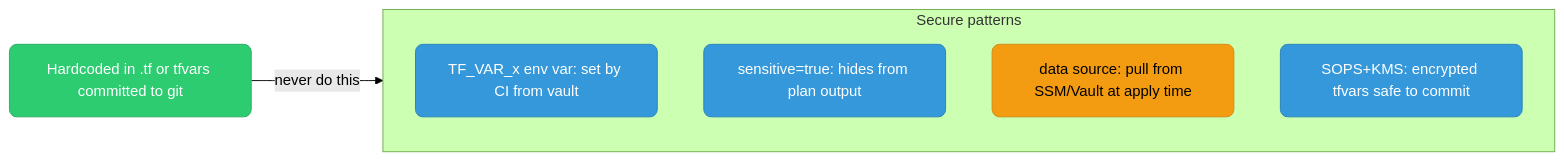
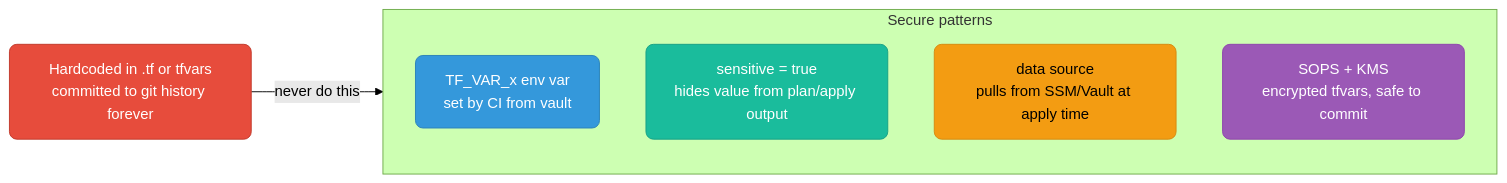
The eighth of 9 diagrams in iac/README.md (deepanshu-rawat6/DevOpsIndex), drawn with Mermaid (forest theme) before and after one commit. The commit also changed other lines of this file and 17 other files, not shown here.

````diff
--- a/iac/README.md
+++ b/iac/README.md
@@ -221,20 +383,20 @@
 ```mermaid
 graph LR
     classDef blue fill:#3498db,stroke:#2980b9,color:#fff,rx:8
     classDef green fill:#2ecc71,stroke:#27ae60,color:#fff,rx:8
     classDef red fill:#e74c3c,stroke:#c0392b,color:#fff,rx:8
     classDef orange fill:#e67e22,stroke:#d35400,color:#fff,rx:8
     classDef purple fill:#9b59b6,stroke:#8e44ad,color:#fff,rx:8
     classDef teal fill:#1abc9c,stroke:#16a085,color:#fff,rx:8
     classDef dark fill:#2c3e50,stroke:#1a252f,color:#fff,rx:8
     classDef yellow fill:#f39c12,stroke:#d68910,color:#000,rx:8
     classDef k8s fill:#326ce5,stroke:#254ea8,color:#fff,rx:8
     classDef aws fill:#ff9900,stroke:#cc7a00,color:#000,rx:8
-    BAD["Hardcoded in .tf or tfvars committed to git"]:::green -->|"never do this"| GOOD
+    BAD["Hardcoded in .tf or tfvars<br/>committed to git history forever"]:::red -->|"never do this"| GOOD
     subgraph GOOD["Secure patterns"]
-        ENV["TF_VAR_x env var: set by CI from vault"]:::blue
-        SENS["sensitive=true: hides from plan output"]:::blue
-        DATASRC["data source: pull from SSM/Vault at apply time"]:::yellow
-        SOPS["SOPS+KMS: encrypted tfvars safe to commit"]:::blue
+        ENV["TF_VAR_x env var<br/>set by CI from vault"]:::blue
+        SENS["sensitive = true<br/>hides value from plan/apply output"]:::teal
+        DATASRC["data source<br/>pulls from SSM/Vault at apply time"]:::yellow
+        SOPS["SOPS + KMS<br/>encrypted tfvars, safe to commit"]:::purple
     end
 ```
````
